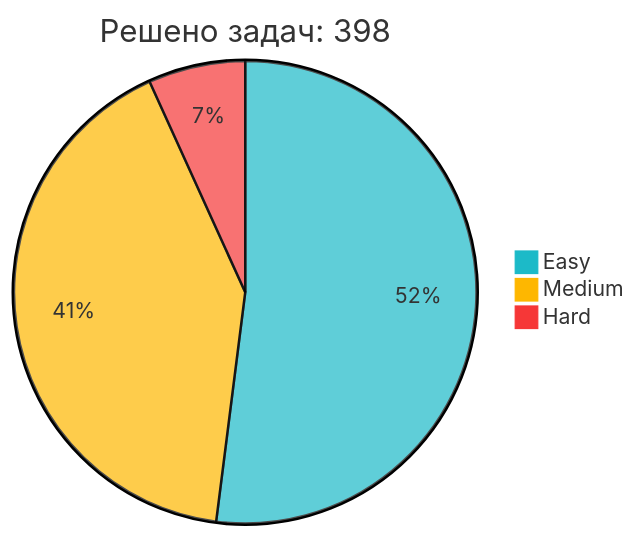
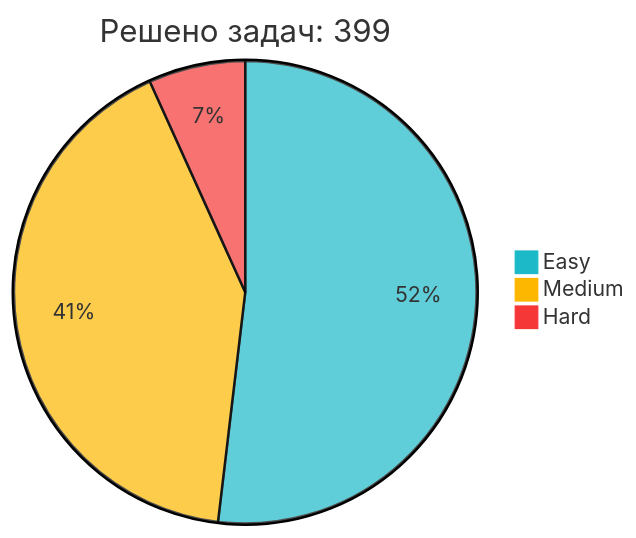
Before and after one commit to IliaKurdukov/IliaKurdukov: the diagram in README.md, drawn with Mermaid. The commit also changed other lines of this file, not shown here.

Commit message:
📈 Обновление статистики LeetCode

````diff
--- a/README.md
+++ b/README.md
@@ -51,7 +51,7 @@
 ```mermaid
 %%{init: {'theme': 'base', 'themeVariables': { 'pie1': '#1CBAC8', 'pie2': '#FEB700', 'pie3': '#F63737' }, 'config': {'width': 300, 'height': 200}}}%%
-pie title Решено задач: 398
+pie title Решено задач: 399
    "Easy" : 207
-   "Medium" : 164
+   "Medium" : 165
    "Hard" : 27
 ```
````
